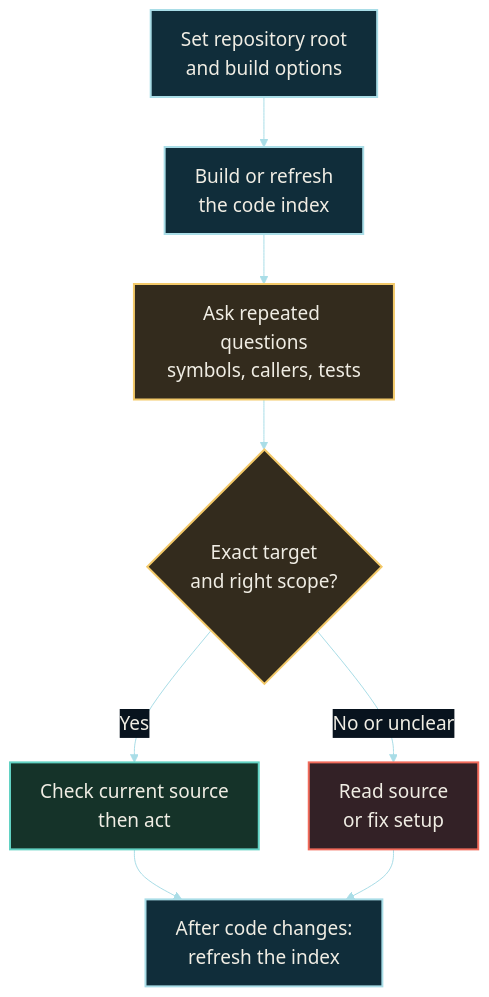
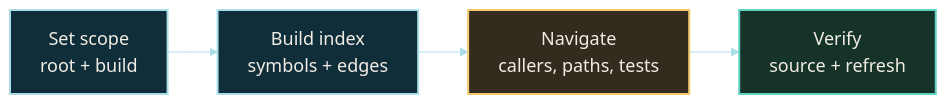
Before and after one commit to artemrudenko/code-graph-benchmark-v2: the diagram in assets/diagrams/code-context-lifecycle-article-large-dark.mmd, drawn with Mermaid. The commit also changed 21 other files, not shown here.

Commit message:
docs: compact article evidence diagrams

```diff
--- a/assets/diagrams/code-context-lifecycle-article-large-dark.mmd
+++ b/assets/diagrams/code-context-lifecycle-article-large-dark.mmd
@@ -1,18 +1,7 @@
-%%{init: {"theme":"base","themeVariables":{"background":"#08131E","primaryColor":"#102D3A","primaryTextColor":"#F0EDE4","primaryBorderColor":"#A9DDE7","lineColor":"#A9DDE7","secondaryColor":"#213039","tertiaryColor":"#2A2530","edgeLabelBackground":"#08131E","fontFamily":"Arial","fontSize":"19px"}}}%%
-flowchart TB
-    A[Set repository root<br/>and build options] --> B[Build or refresh<br/>the code index]
-    B --> C[Ask repeated questions<br/>symbols, callers, tests]
-    C --> D{Exact target<br/>and right scope?}
-    D -- Yes --> E[Check current source<br/>then act]
-    D -- No or unclear --> F[Read source<br/>or fix setup]
-    E --> G[After code changes:<br/>refresh the index]
-    F --> G
-
-    classDef setup fill:#102D3A,stroke:#A9DDE7,color:#F0EDE4,stroke-width:2px;
-    classDef query fill:#332B1D,stroke:#F3C969,color:#F0EDE4,stroke-width:2px;
-    classDef verify fill:#153329,stroke:#62D2C3,color:#F0EDE4,stroke-width:2px;
-    classDef fallback fill:#332126,stroke:#F26B5B,color:#F0EDE4,stroke-width:2px;
-    class A,B,G setup;
-    class C,D query;
-    class E verify;
-    class F fallback;
+%%{init: {"theme":"base","themeVariables":{"background":"#08131E","primaryColor":"#102D3A","primaryTextColor":"#F0EDE4","primaryBorderColor":"#A9DDE7","lineColor":"#A9DDE7","fontFamily":"Arial","fontSize":"18px"}}}%%
+flowchart LR
+  A[Set scope<br/>root + build] --> B[Build index<br/>symbols + edges] --> C[Navigate<br/>callers, paths, tests] --> D[Verify<br/>source + refresh]
+  classDef base fill:#102D3A,stroke:#A9DDE7,color:#F0EDE4,stroke-width:2px;
+  classDef question fill:#332B1D,stroke:#F3C969,color:#F0EDE4,stroke-width:2px;
+  classDef verify fill:#153329,stroke:#62D2C3,color:#F0EDE4,stroke-width:2px;
+  class A,B base; class C question; class D verify;
```
